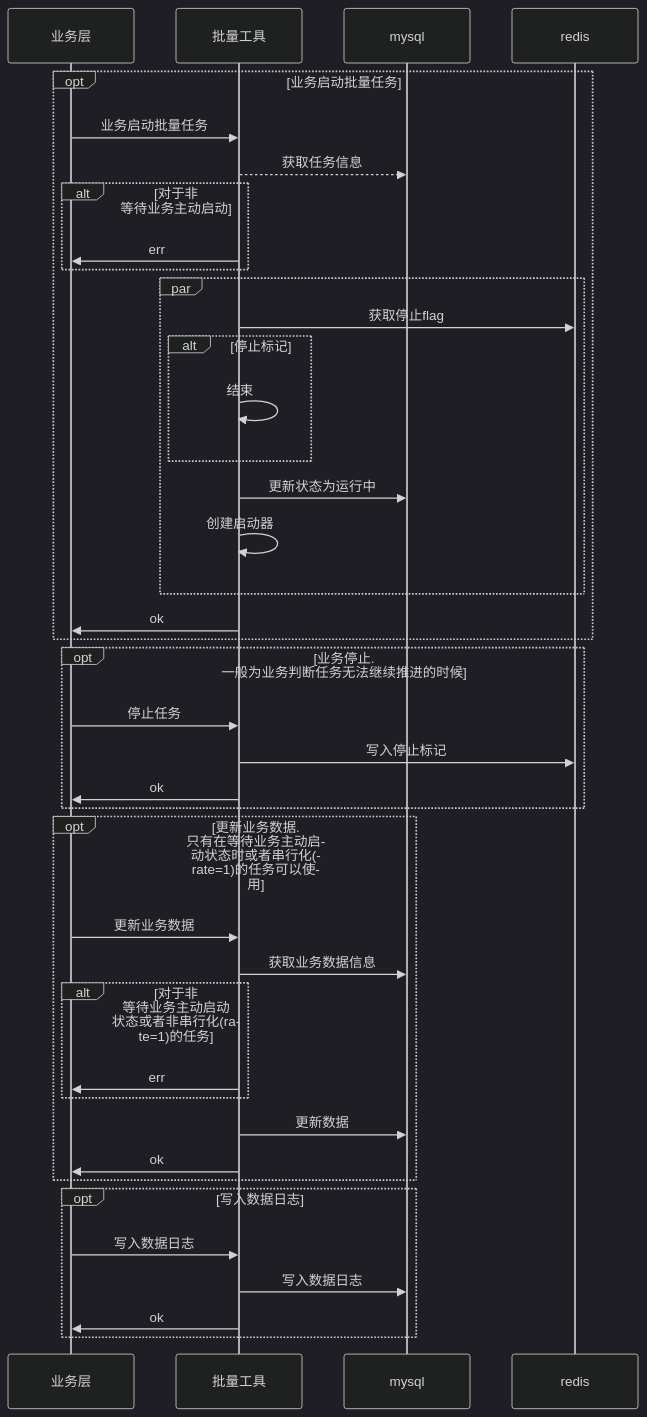
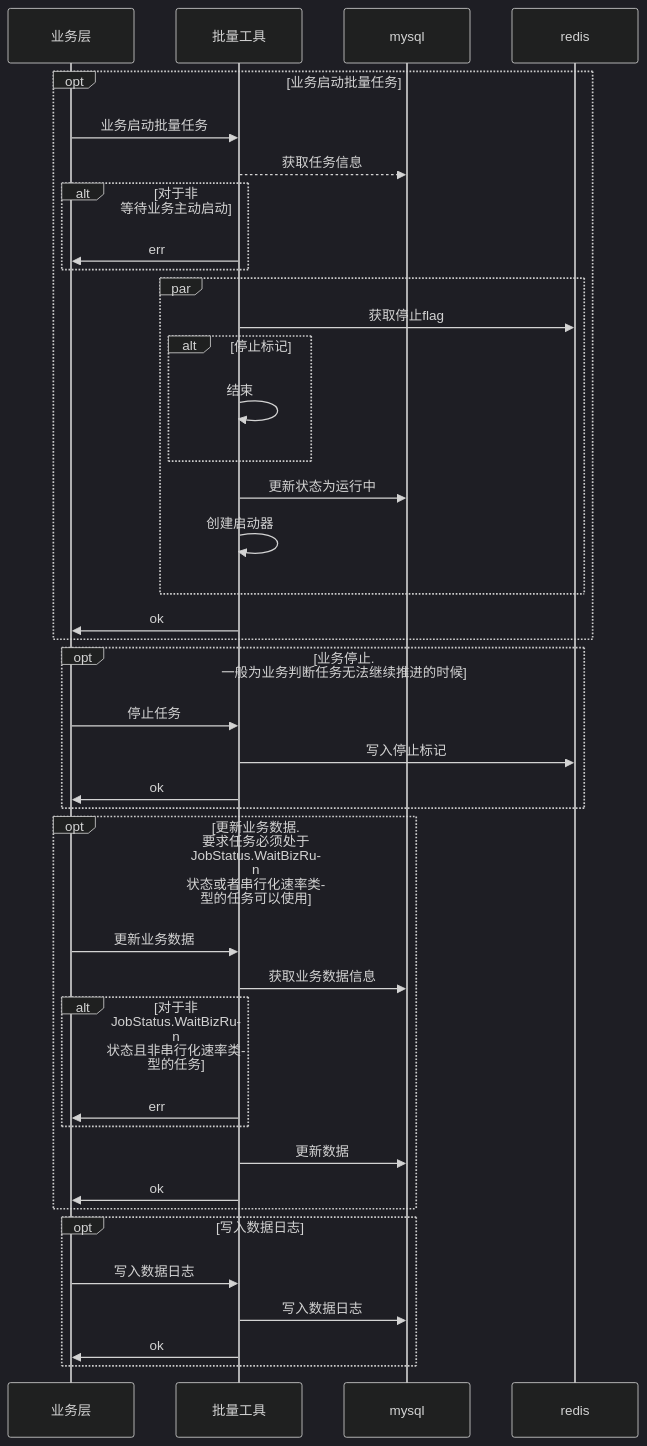
The fifth of 5 diagrams in readme.md (zlyuancn/batch_job), drawn with Mermaid (dark theme) before and after one commit. The commit also changed 2 other files, not shown here.

Commit message:
优化设计

````diff
--- a/readme.md
+++ b/readme.md
@@ -177,49 +177,49 @@
 ```mermaid
 sequenceDiagram
 participant f as 业务层
 participant b as 批量工具
 participant d as mysql
 participant e as redis
 
 opt 业务启动批量任务
 f ->> b: 业务启动批量任务
 b -->> d: 获取任务信息
 alt 对于非 等待业务主动启动
   b ->> f: err
 end
 
 par 
   b ->> e: 获取停止flag
   alt 停止标记
     b ->> b: 结束
   end
 
   b ->> d: 更新状态为运行中
   b ->> b: 创建启动器
 end
 
 b ->> f: ok
 end
 
 opt 业务停止. 一般为业务判断任务无法继续推进的时候
   f ->> b: 停止任务
   b ->> e: 写入停止标记
   b ->> f: ok
 end
 
-opt 更新业务数据. 只有在等待业务主动启动状态时或者串行化(rate=1)的任务可以使用
+opt 更新业务数据. 要求任务必须处于 JobStatus.WaitBizRun 状态或者串行化速率类型的任务可以使用
   f ->> b: 更新业务数据
   b ->> d: 获取业务数据信息
-  alt 对于非 等待业务主动启动 状态或者非串行化(rate=1)的任务
+  alt 对于非 JobStatus.WaitBizRun 状态且非串行化速率类型的任务
     b ->> f: err
   end
   b ->> d: 更新数据
   b ->> f: ok
 end
 
 opt 写入数据日志
   f ->> b: 写入数据日志
   b ->> d: 写入数据日志
   b ->> f: ok
 end
 ```
````
